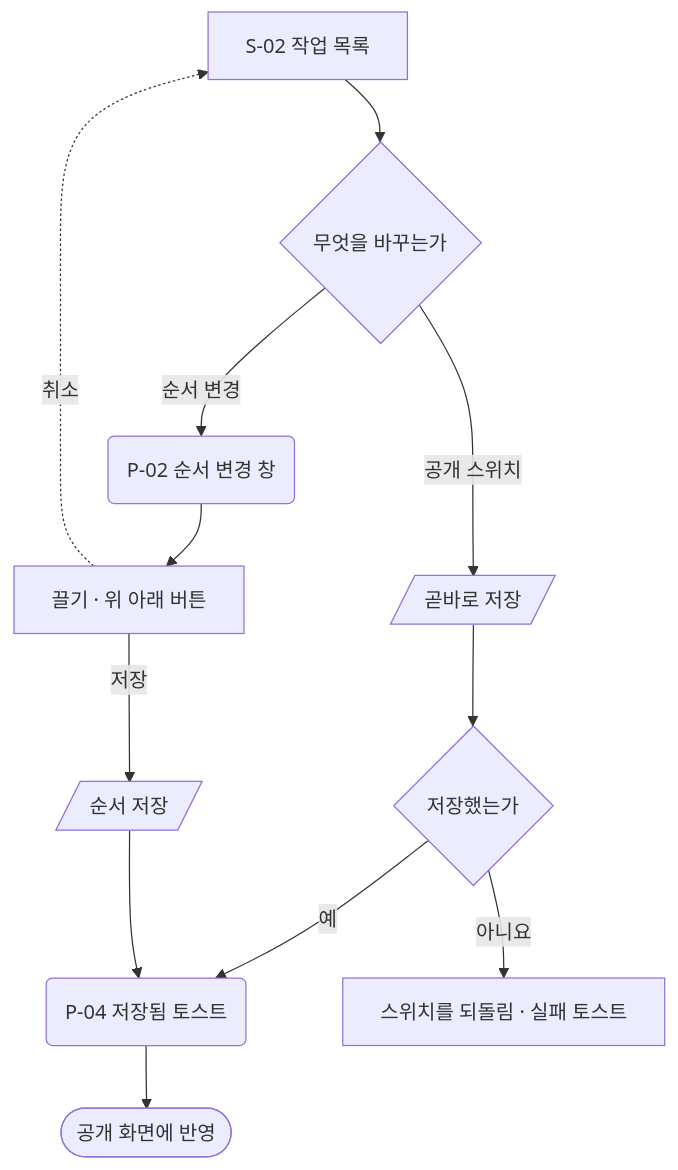
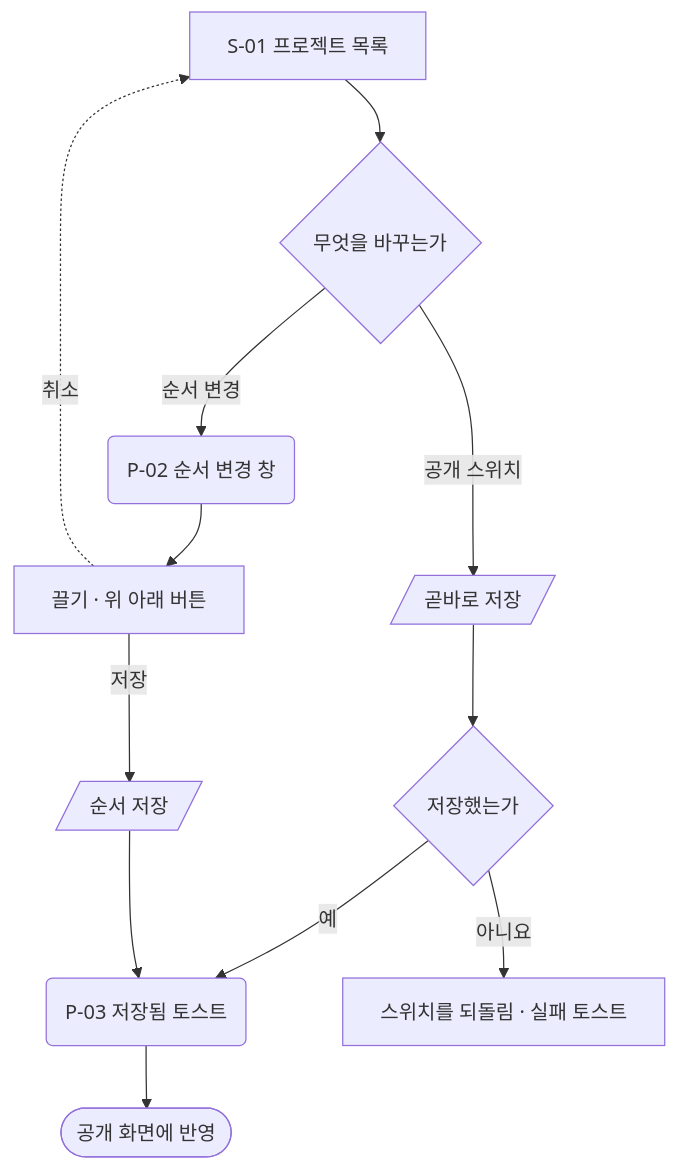
One commit to GUNIZZI/portfolio changed the third of 4 diagrams in docs/plan/admin/userflow.md. Above: the diagram before and after it, drawn with Mermaid. The commit also changed other lines of this file and 17 other files, not shown here.

````diff
--- a/docs/plan/admin/userflow.md
+++ b/docs/plan/admin/userflow.md
@@ -79,14 +60,14 @@
 ```mermaid
 flowchart TD
-    LS["S-02 작업 목록"]:::screen --> W{"무엇을 바꾸는가"}:::decision
+    LS["S-01 프로젝트 목록"]:::screen --> W{"무엇을 바꾸는가"}:::decision
     W -->|"공개 스위치"| SW[/"곧바로 저장"/]:::api
     SW --> SR{"저장했는가"}:::decision
-    SR -->|"예"| T("P-04 저장됨 토스트"):::dialog
+    SR -->|"예"| T("P-03 저장됨 토스트"):::dialog
     SR -->|"아니요"| BK["스위치를 되돌림 · 실패 토스트"]:::warn
     W -->|"순서 변경"| OD("P-02 순서 변경 창"):::dialog
     OD --> MV["끌기 · 위 아래 버튼"]:::step
     MV -->|"저장"| OS[/"순서 저장"/]:::api
     MV -.->|"취소"| LS
     OS --> T
     T --> END(["공개 화면에 반영"]):::done
 ```
````
